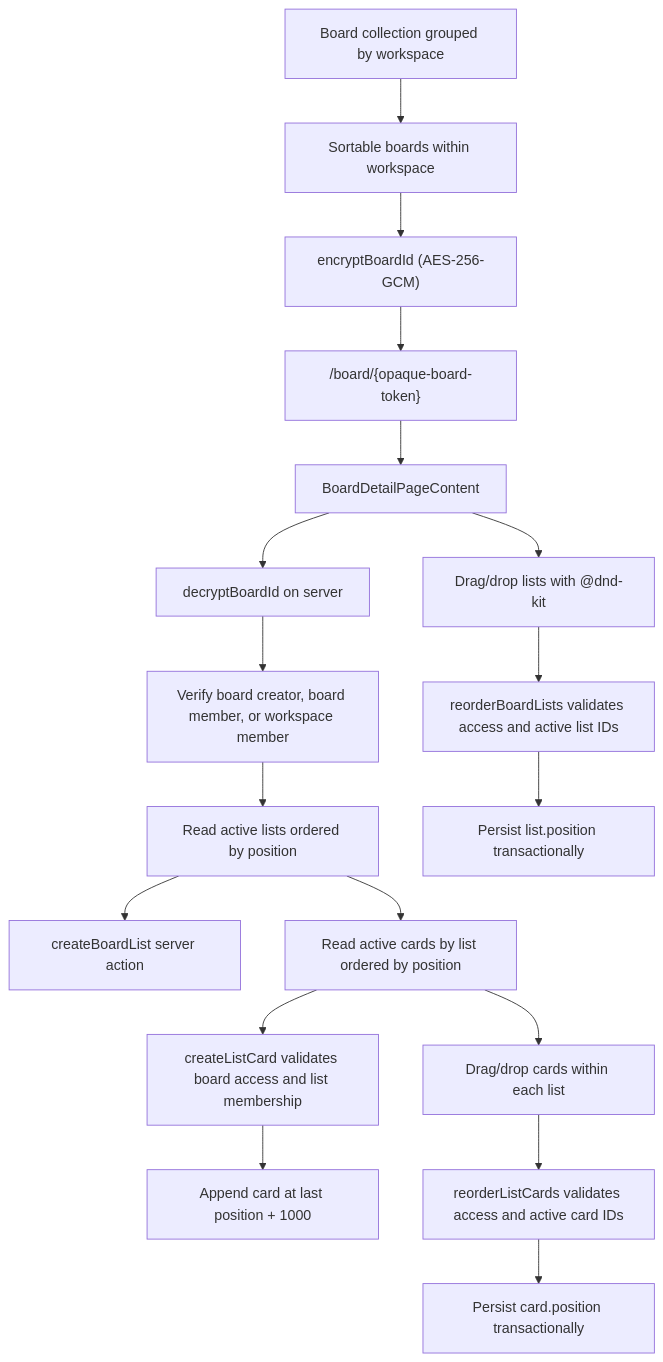
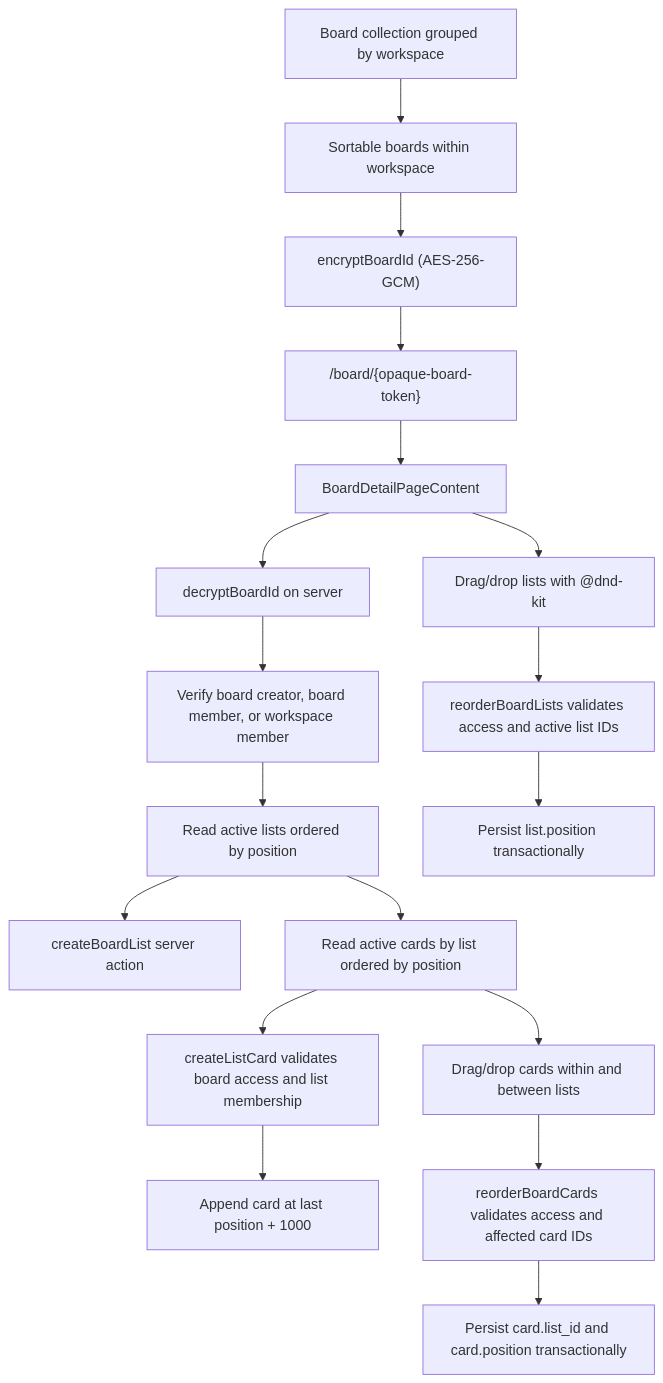
The second of 2 diagrams in docs/architecture/overview.md (Thoai1503/TrelloClone), drawn with Mermaid before and after one commit. The commit also changed 5 other files, not shown here.

````diff
--- a/docs/architecture/overview.md
+++ b/docs/architecture/overview.md
@@ -88,20 +88,20 @@
 ```mermaid
 flowchart TD
     Collection["Board collection grouped by workspace"] --> Boards["Sortable boards within workspace"]
     Boards --> Encrypt["encryptBoardId (AES-256-GCM)"]
     Encrypt --> Url["/board/{opaque-board-token}"]
     Url --> Detail["BoardDetailPageContent"]
     Detail --> Decrypt["decryptBoardId on server"]
     Decrypt --> Access["Verify board creator, board member, or workspace member"]
     Access --> ReadLists["Read active lists ordered by position"]
     ReadLists --> CreateList["createBoardList server action"]
     ReadLists --> ReadCards["Read active cards by list ordered by position"]
     ReadCards --> CreateCard["createListCard validates board access and list membership"]
     CreateCard --> PersistCard["Append card at last position + 1000"]
     Detail --> DragLists["Drag/drop lists with @dnd-kit"]
     DragLists --> ReorderLists["reorderBoardLists validates access and active list IDs"]
     ReorderLists --> Persist["Persist list.position transactionally"]
-    ReadCards --> DragCards["Drag/drop cards within each list"]
-    DragCards --> ReorderCards["reorderListCards validates access and active card IDs"]
-    ReorderCards --> PersistCards["Persist card.position transactionally"]
+    ReadCards --> DragCards["Drag/drop cards within and between lists"]
+    DragCards --> ReorderCards["reorderBoardCards validates access and affected card IDs"]
+    ReorderCards --> PersistCards["Persist card.list_id and card.position transactionally"]
 ```
````
